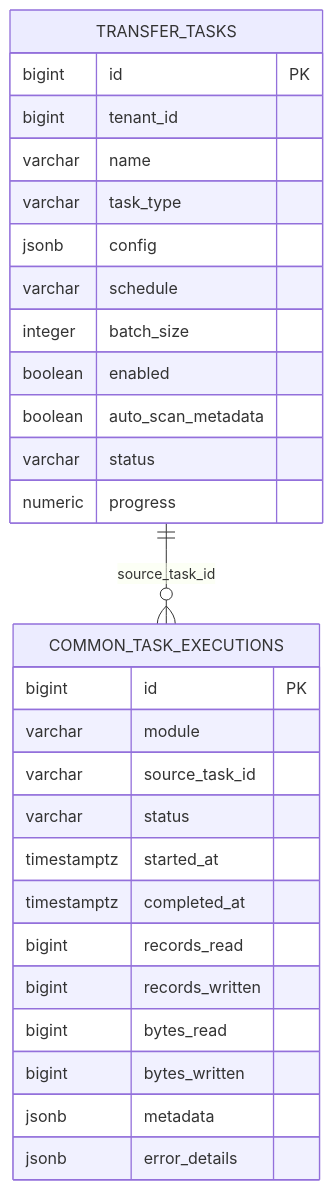
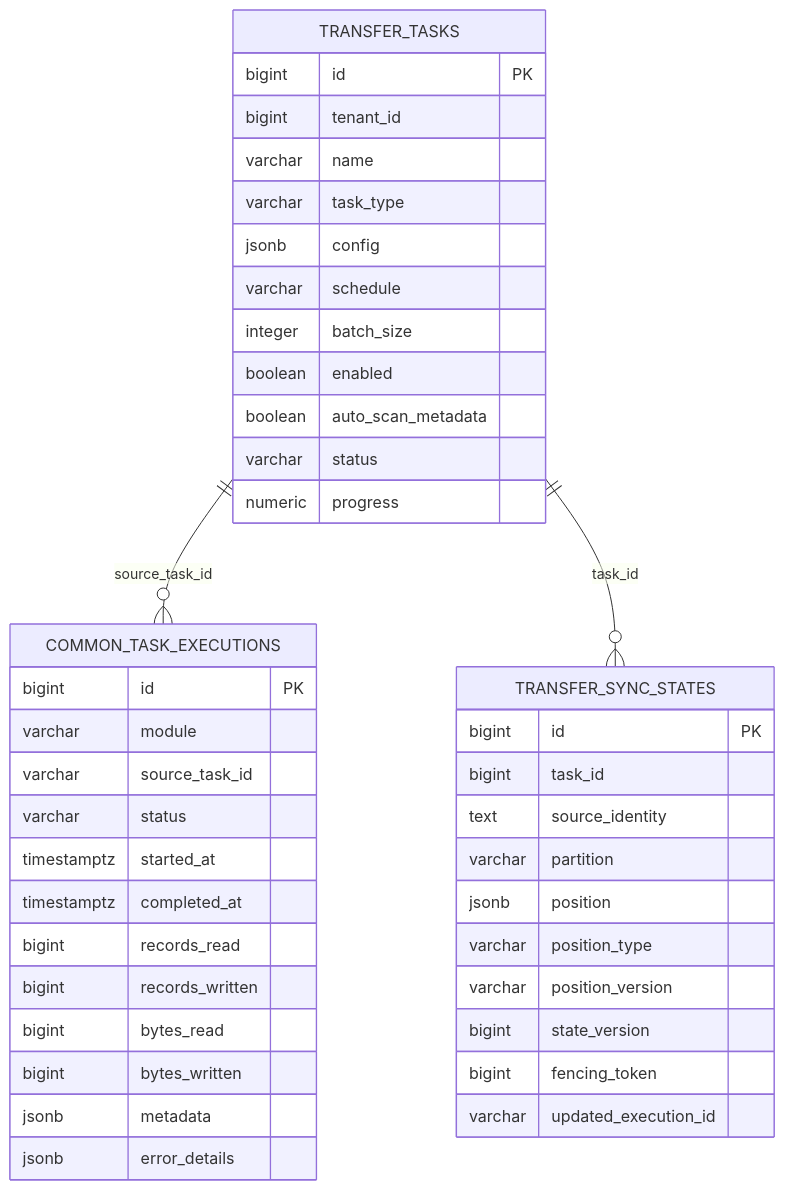
One commit to pampa0629/addp changed the diagram in transfer/docs/数据库架构.md. Above: the diagram before and after it, drawn with Mermaid. The commit also changed other lines of this file and 65 other files, not shown here.

````diff
--- a/transfer/docs/数据库架构.md
+++ b/transfer/docs/数据库架构.md
@@ -18,31 +19,44 @@
 ```mermaid
 erDiagram
     TRANSFER_TASKS ||--o{ COMMON_TASK_EXECUTIONS : "source_task_id"
+    TRANSFER_TASKS ||--o{ TRANSFER_SYNC_STATES : "task_id"
     TRANSFER_TASKS {
         bigint id PK
         bigint tenant_id
         varchar name
         varchar task_type
         jsonb config
         varchar schedule
         integer batch_size
         boolean enabled
         boolean auto_scan_metadata
         varchar status
         numeric progress
     }
     COMMON_TASK_EXECUTIONS {
         bigint id PK
         varchar module
         varchar source_task_id
         varchar status
         timestamptz started_at
         timestamptz completed_at
         bigint records_read
         bigint records_written
         bigint bytes_read
         bigint bytes_written
         jsonb metadata
         jsonb error_details
     }
+    TRANSFER_SYNC_STATES {
+        bigint id PK
+        bigint task_id
+        text source_identity
+        varchar partition
+        jsonb position
+        varchar position_type
+        varchar position_version
+        bigint state_version
+        bigint fencing_token
+        varchar updated_execution_id
+    }
 ```
````
